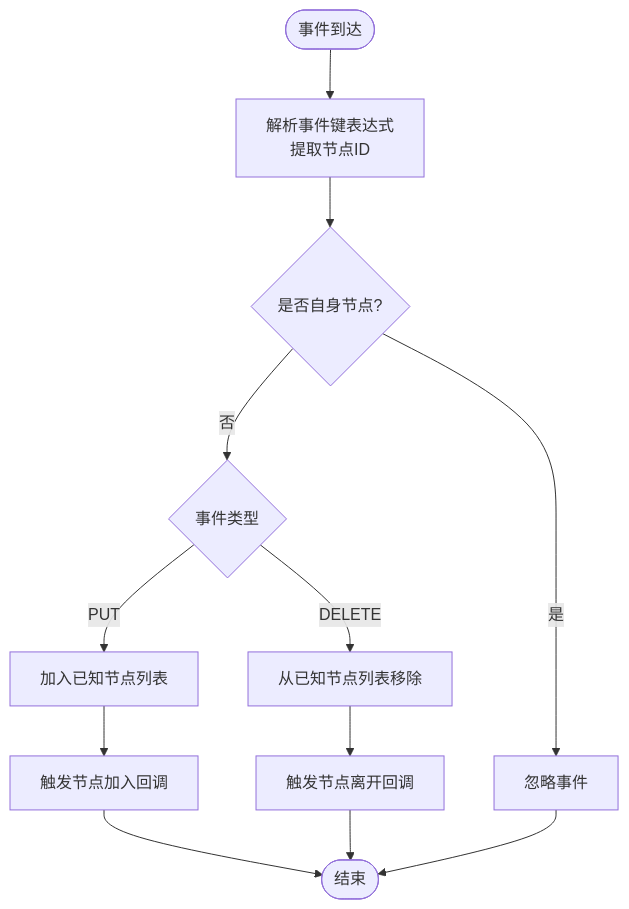
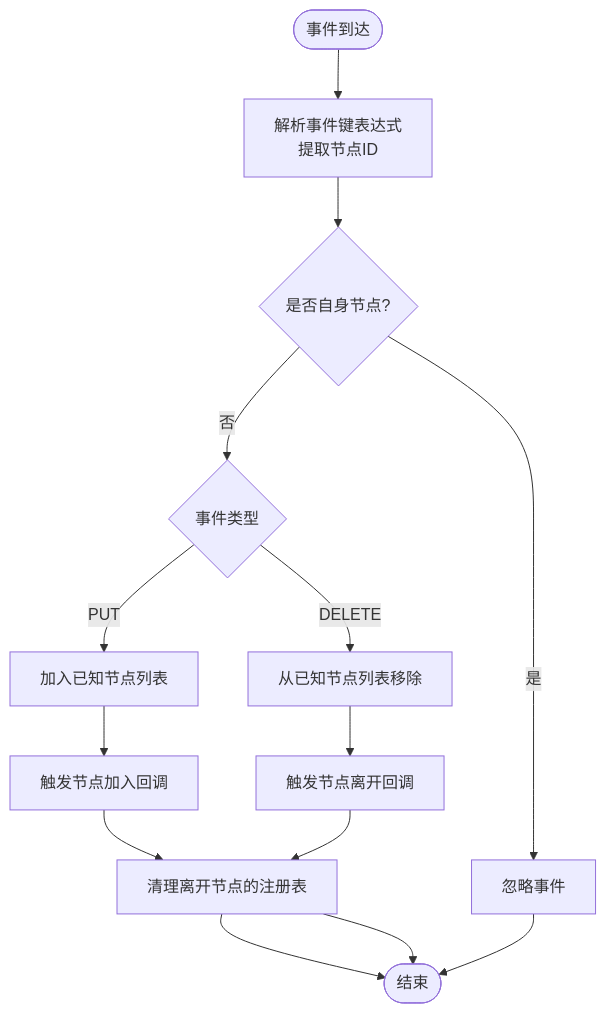
The fourth of 8 diagrams in .qoder/repowiki/zh/content/集群管理模块/集群管理器实现.md (ossworker/vertx-starter), drawn with Mermaid before and after one commit. The commit also changed other lines of this file and 7 other files, not shown here.

````diff
--- a/.qoder/repowiki/zh/content/集群管理模块/集群管理器实现.md
+++ b/.qoder/repowiki/zh/content/集群管理模块/集群管理器实现.md
@@ -205,14 +277,16 @@
 ```mermaid
 flowchart TD
 Start(["事件到达"]) --> Parse["解析事件键表达式<br/>提取节点ID"]
 Parse --> Self{"是否自身节点?"}
 Self --> |是| Ignore["忽略事件"]
 Self --> |否| Kind{"事件类型"}
 Kind --> |PUT| Join["加入已知节点列表"]
 Kind --> |DELETE| Leave["从已知节点列表移除"]
 Join --> NotifyJoin["触发节点加入回调"]
 Leave --> NotifyLeave["触发节点离开回调"]
-NotifyJoin --> End(["结束"])
-NotifyLeave --> End
+NotifyJoin --> Cleanup["清理离开节点的注册表"]
+Cleanup --> End(["结束"])
+NotifyLeave --> Cleanup
+Cleanup --> End
 Ignore --> End
 ```
````
